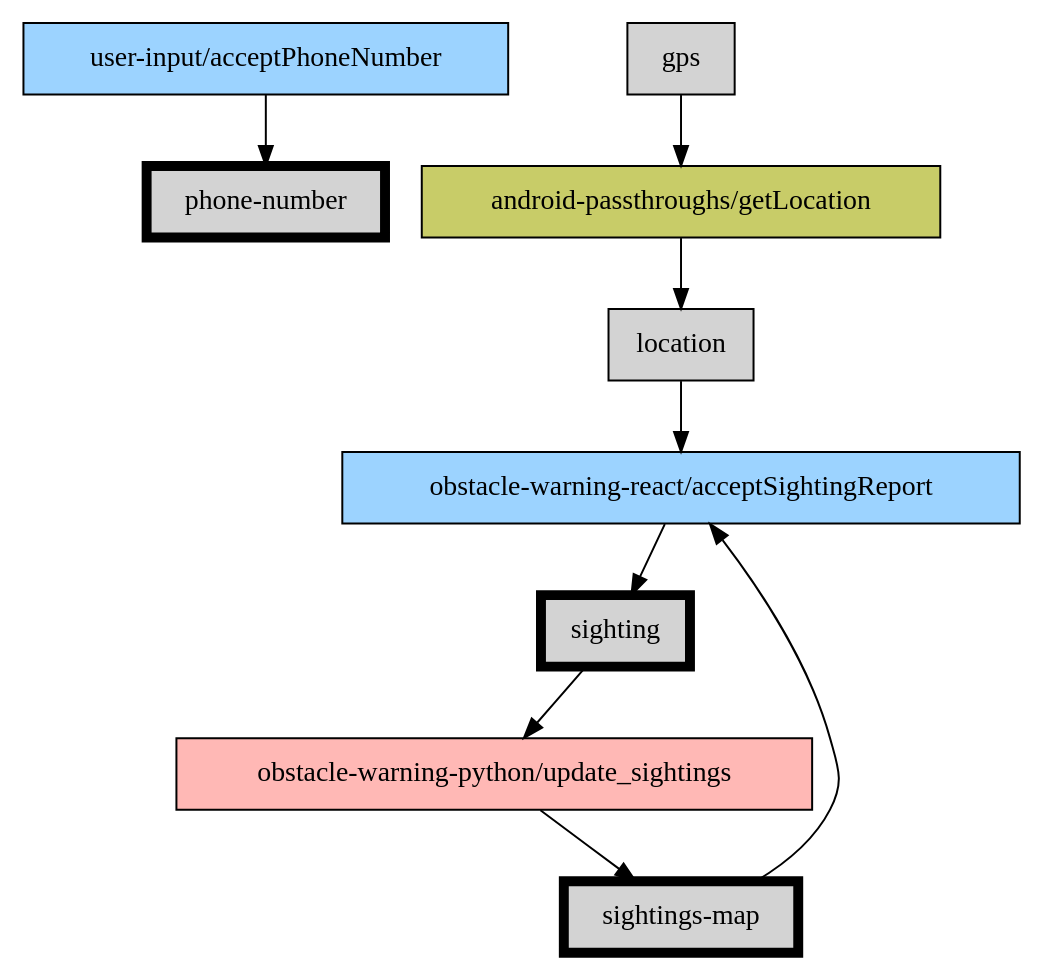
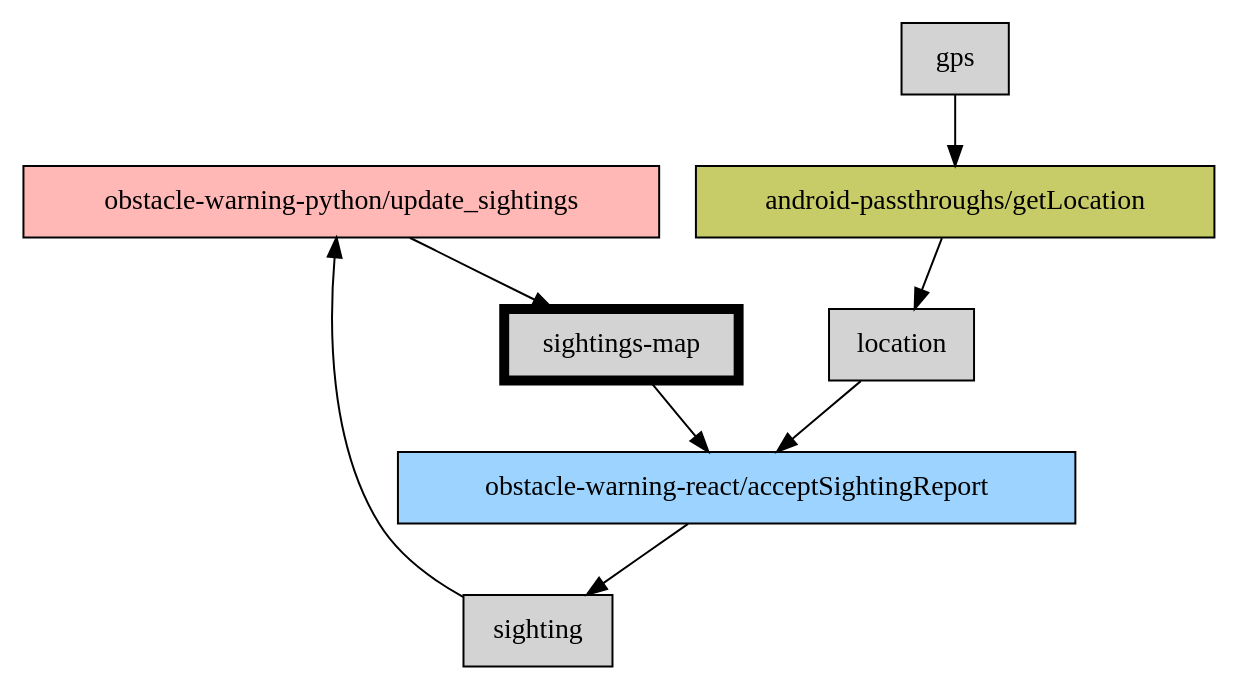
One commit to arunganesan/carlabmate changed the diagram in carlabserver/public/images/strategy-both.gv. Above: the diagram before and after it, drawn with Graphviz. The commit also changed 3 other files, not shown here.

```diff
--- a/carlabserver/public/images/strategy-both.gv
+++ b/carlabserver/public/images/strategy-both.gv
@@ -1,38 +1,32 @@
 digraph {
 	node [shape=box style=filled]
-	node [fillcolor="#9CD3FF"]
-	"user-input/acceptPhoneNumber"
+	node [fillcolor="#FFB8B5"]
+	"obstacle-warning-python/update_sightings"
 	node [fillcolor="#9CD3FF"]
 	"obstacle-warning-react/acceptSightingReport"
-	node [fillcolor="#FFB8B5"]
-	"obstacle-warning-python/update_sightings"
 	node [fillcolor="#C8CC68"]
 	"android-passthroughs/getLocation"
 	node [fillcolor=lightgrey shape=box style=filled]
 	node [pencolor=red penwidth=5]
-	"phone-number"
+	"sightings-map"
 	edge [style=solid]
-	"user-input/acceptPhoneNumber" -> "phone-number"
-	node [pencolor=red penwidth=5]
+	"sightings-map" -> "obstacle-warning-react/acceptSightingReport"
+	edge [style=solid]
+	"obstacle-warning-python/update_sightings" -> "sightings-map"
+	node [pencolor=black penwidth=1]
 	sighting
 	edge [style=solid]
 	sighting -> "obstacle-warning-python/update_sightings"
 	edge [style=solid]
 	"obstacle-warning-react/acceptSightingReport" -> sighting
 	node [pencolor=black penwidth=1]
 	location
 	edge [style=solid]
 	location -> "obstacle-warning-react/acceptSightingReport"
 	edge [style=solid]
 	"android-passthroughs/getLocation" -> location
-	node [pencolor=red penwidth=5]
-	"sightings-map"
-	edge [style=solid]
-	"sightings-map" -> "obstacle-warning-react/acceptSightingReport"
-	edge [style=solid]
-	"obstacle-warning-python/update_sightings" -> "sightings-map"
 	node [pencolor=black penwidth=1]
 	gps
 	edge [style=solid]
 	gps -> "android-passthroughs/getLocation"
 }
```
